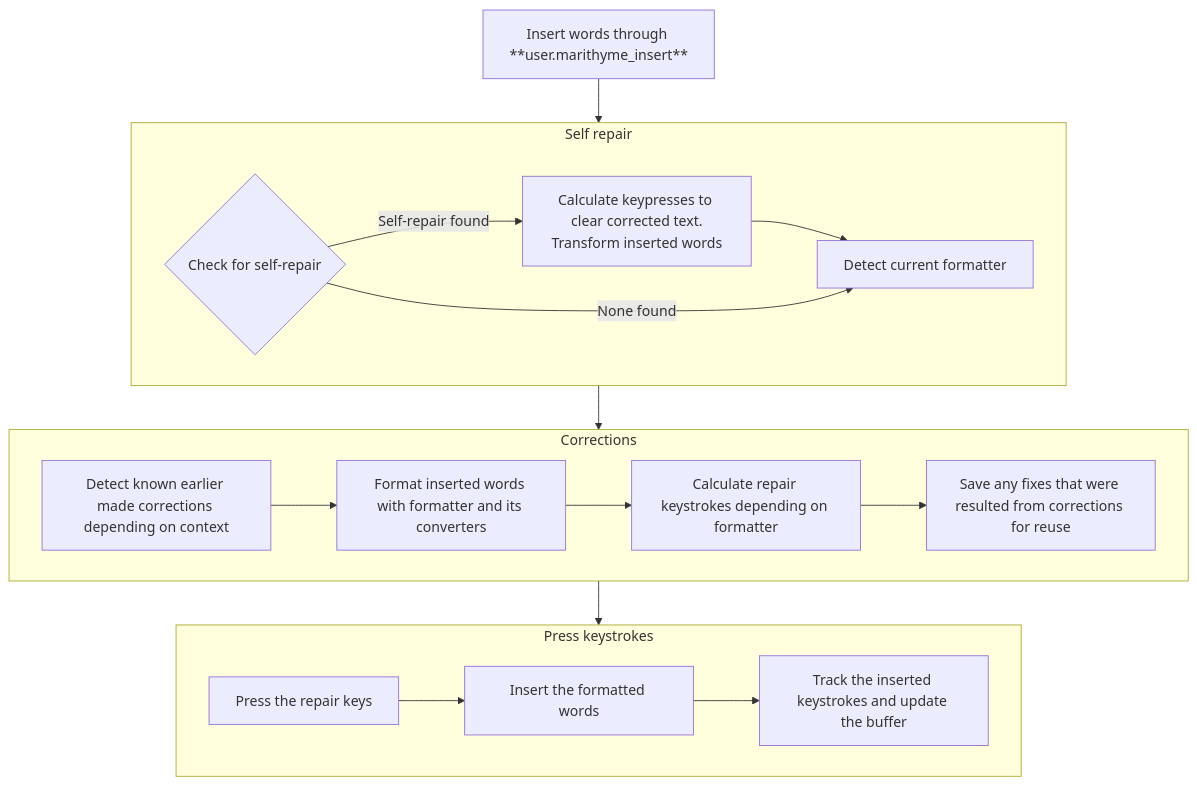
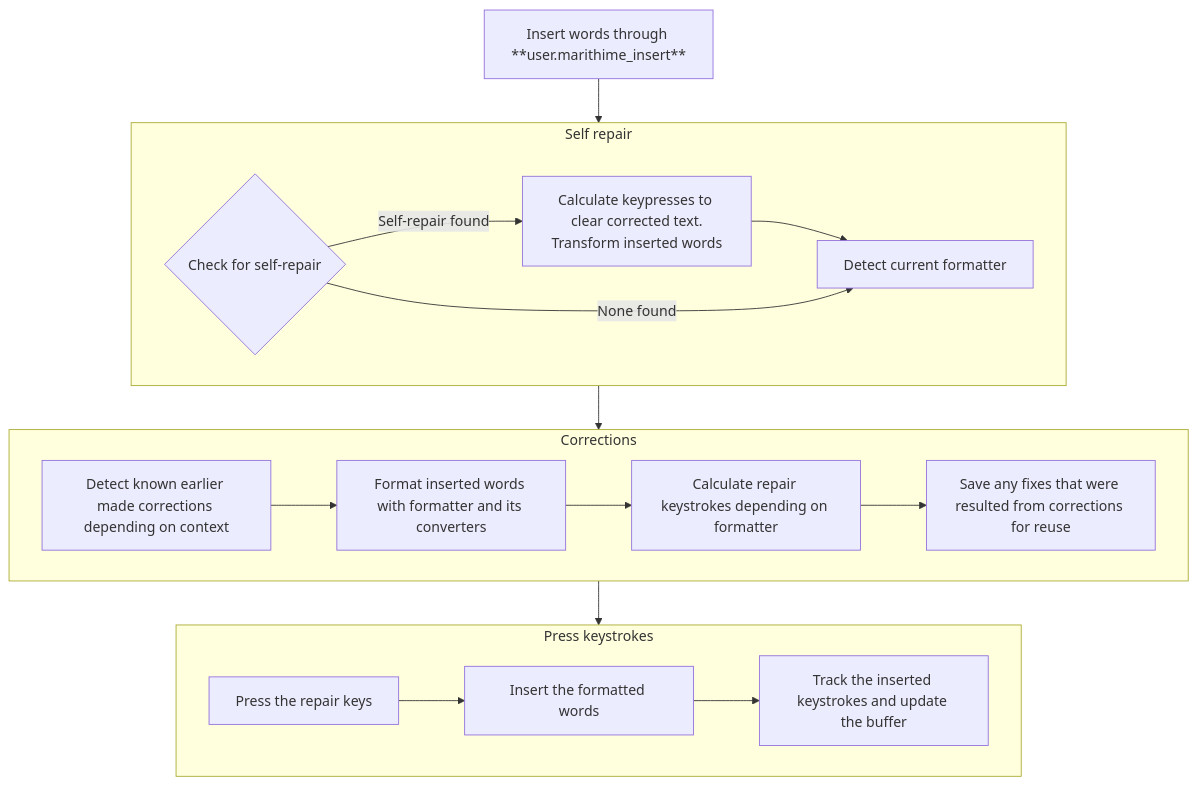
Before and after one commit to chaosparrot/marithime_talon: the diagram in marithyme/docs/ARCHITECTURE.md, drawn with Mermaid. The commit also changed other lines of this file and 20 other files, not shown here.

Commit message:
Renamed marithyme to marithime to resolve an existing name conflict

````diff
--- a/marithyme/docs/ARCHITECTURE.md
+++ b/marithyme/docs/ARCHITECTURE.md
@@ -6,37 +6,37 @@
 ```mermaid
 flowchart TD
-    A[Insert words through **user.marithyme_insert**]
+    A[Insert words through **user.marithime_insert**]
     A --> one
 
     subgraph one [Self repair]
     direction LR
     C{Check for self-repair}
     C -->|Self-repair found| D[Calculate keypresses to clear corrected text.<br/>Transform inserted words]
     D -->E
     C -->|None found| E[Detect current formatter]
     end
     one --> Corrections
 
     subgraph Corrections
     direction LR
     F[Detect known earlier made corrections depending on context]
     F -->G[Format inserted words with formatter and its converters]
     G -->H[Calculate repair keystrokes depending on formatter]
     H -->I[Save any fixes that were resulted from corrections for reuse]
     end
 
     Corrections --> Keystrokes
     subgraph Keystrokes [Press keystrokes]
     direction LR
     J[Press the repair keys]
     J --> K[Insert the formatted words]
     K --> L[Track the inserted keystrokes and update the buffer]
     end
 
     click C "#self-repair" "Self-repair"
     click F "#auto-fixer" "Automatic fixes"
     click G "#formatter" "Formatters"
     click H "#repair-keys" "Repair keys"
     click I "#auto-fixer" "Automatic fixes"
     click L "#input-tracking" "Keystroke tracking"
 ```
````
